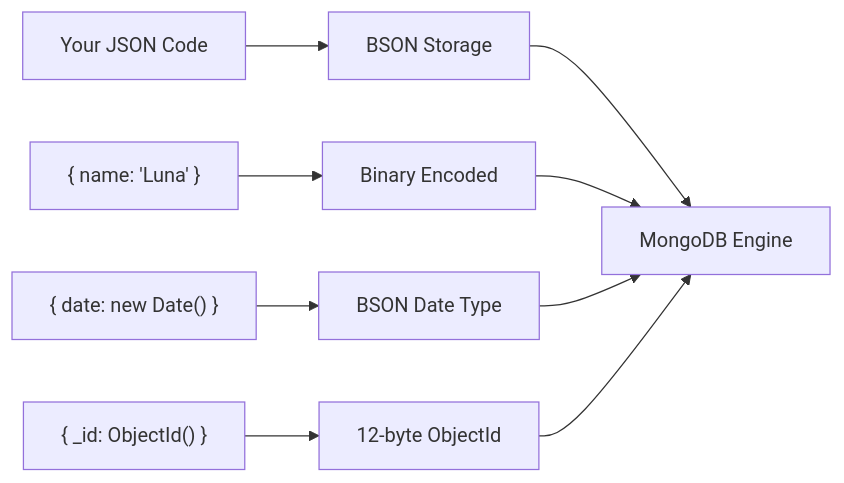
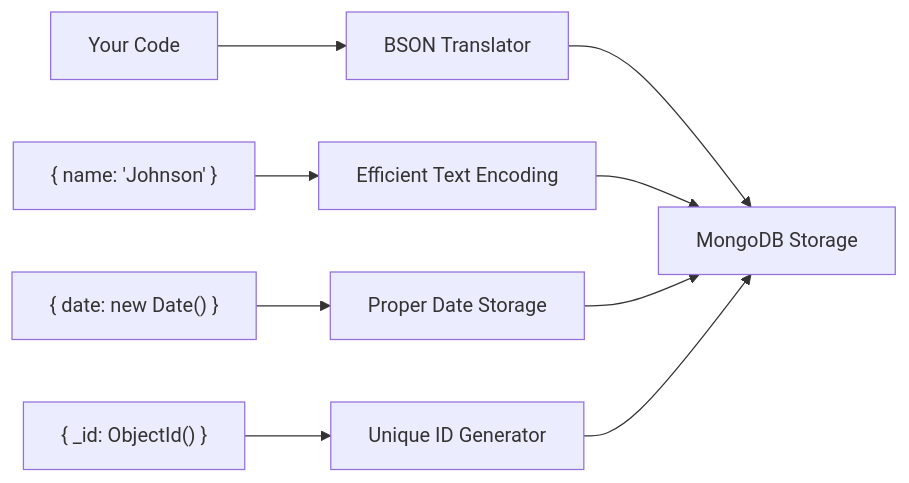
One commit to viswanathsandu/QuickGuides changed the fifth of 11 diagrams in mongodb-nature-guide.md. Above: the diagram before and after it, drawn with Mermaid. The commit also changed other lines of this file, not shown here.

````diff
--- a/mongodb-nature-guide.md
+++ b/mongodb-nature-guide.md
@@ -299,13 +315,13 @@
 ```mermaid
 graph LR
-    A[Your JSON Code] --> B[BSON Storage]
-    B --> C[MongoDB Engine]
+    A[Your Code] --> B[BSON Translator]
+    B --> C[MongoDB Storage]
     
-    A1["{ name: 'Luna' }"] --> B1[Binary Encoded]
-    A2["{ date: new Date() }"] --> B2[BSON Date Type]
-    A3["{ _id: ObjectId() }"] --> B3[12-byte ObjectId]
+    A1["{ name: 'Johnson' }"] --> B1[Efficient Text Encoding]
+    A2["{ date: new Date() }"] --> B2[Proper Date Storage]
+    A3["{ _id: ObjectId() }"] --> B3[Unique ID Generator]
     
     B1 --> C
     B2 --> C  
     B3 --> C
 ```
````
